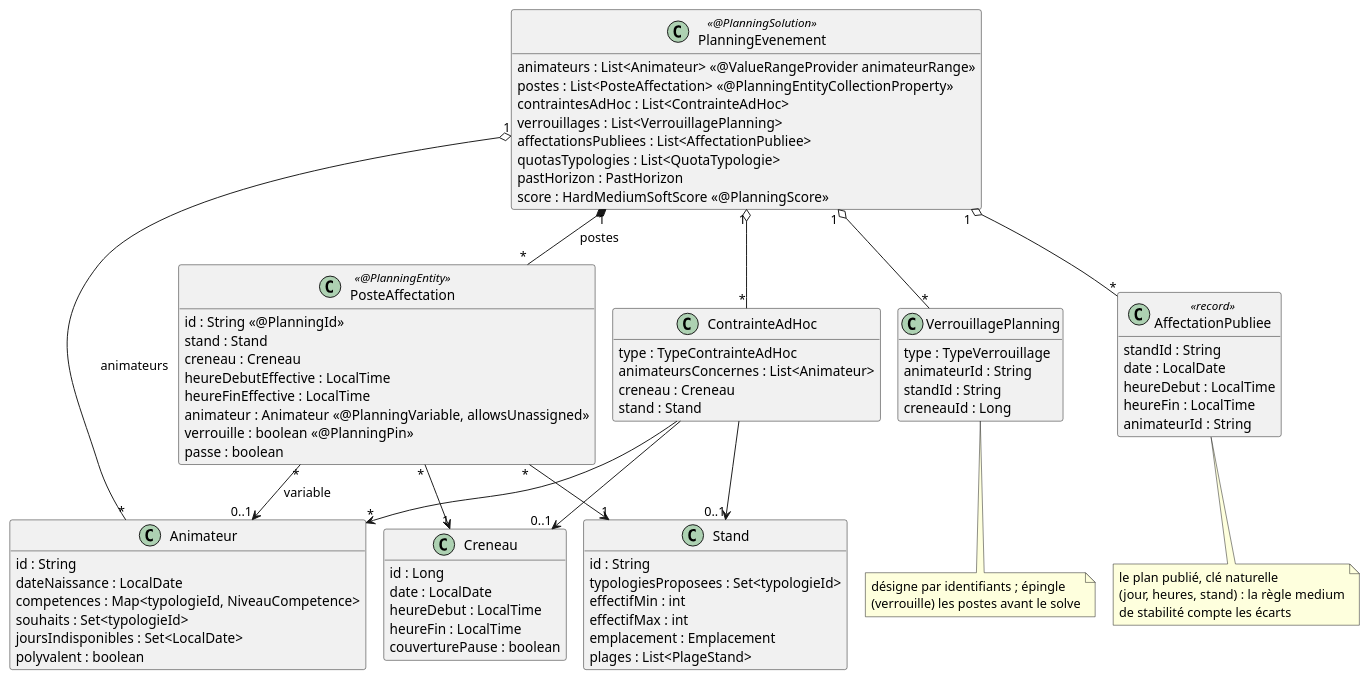
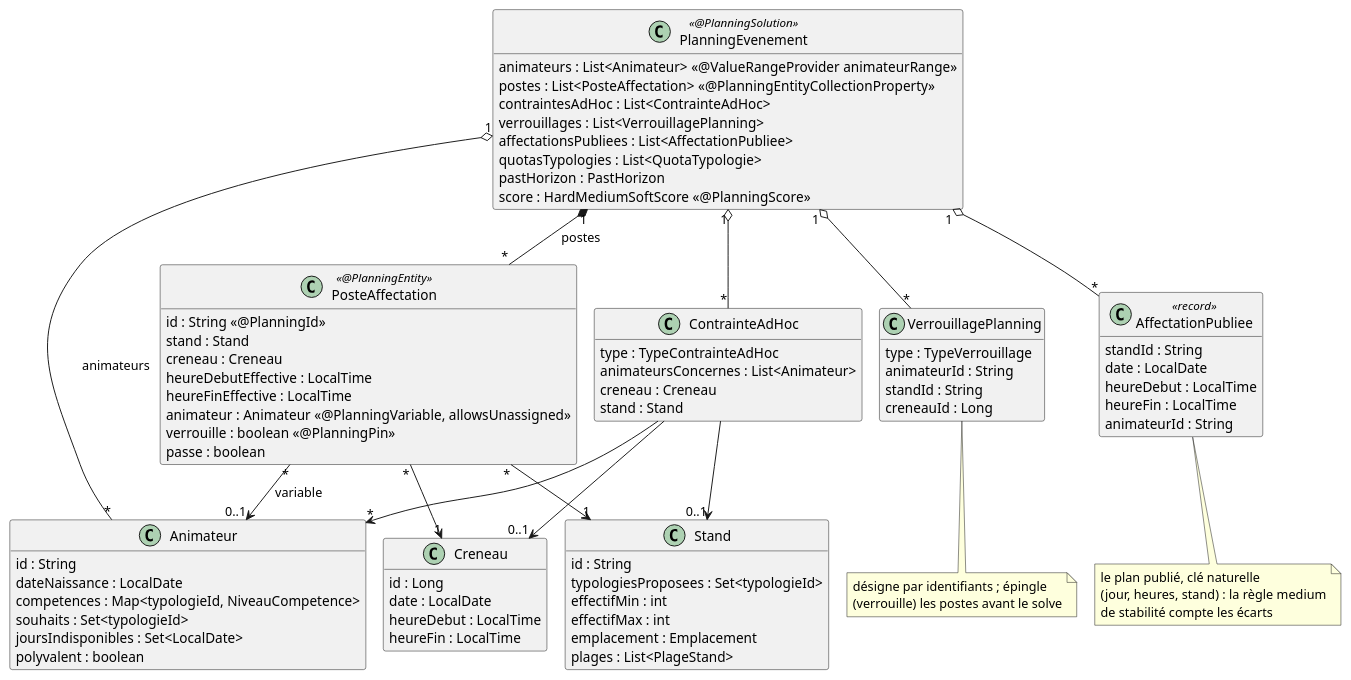
Before and after one commit to sylvainmetayer/planning-equipes: the diagram in docs/diagrammes/domaine.puml, drawn with PlantUML. The commit also changed 181 other files, not shown here.

First line of the commit message:
refactor(creneau)!: retrait de la couverture de pause (#386)

```diff
--- a/docs/diagrammes/domaine.puml
+++ b/docs/diagrammes/domaine.puml
@@ -1,104 +1,103 @@
 @startuml
 ' Le modèle Timefold : une solution, une seule entité, une seule variable.
 ' Un poste est une place à tenir sur un stand pendant un créneau ; le solveur
 ' choisit qui la tient. Pas de variable fantôme. Les typologies ne sont pas
 ' des classes : des identifiants, portés par les animateurs et les stands.
 ' Seuls les champs qui comptent pour le solveur sont dessinés.
 ' Voir site/src/docs/comprendre/modele-des-donnees.md.
 !pragma layout smetana
 skinparam backgroundColor #FFFFFF
 skinparam classAttributeIconSize 0
 hide empty methods
 
 class PlanningEvenement <<@PlanningSolution>> {
   animateurs : List<Animateur> <<@ValueRangeProvider animateurRange>>
   postes : List<PosteAffectation> <<@PlanningEntityCollectionProperty>>
   contraintesAdHoc : List<ContrainteAdHoc>
   verrouillages : List<VerrouillagePlanning>
   affectationsPubliees : List<AffectationPubliee>
   quotasTypologies : List<QuotaTypologie>
   pastHorizon : PastHorizon
   score : HardMediumSoftScore <<@PlanningScore>>
 }
 
 class PosteAffectation <<@PlanningEntity>> {
   id : String <<@PlanningId>>
   stand : Stand
   creneau : Creneau
   heureDebutEffective : LocalTime
   heureFinEffective : LocalTime
   animateur : Animateur <<@PlanningVariable, allowsUnassigned>>
   verrouille : boolean <<@PlanningPin>>
   passe : boolean
 }
 
 class Animateur {
   id : String
   dateNaissance : LocalDate
   competences : Map<typologieId, NiveauCompetence>
   souhaits : Set<typologieId>
   joursIndisponibles : Set<LocalDate>
   polyvalent : boolean
 }
 
 class Stand {
   id : String
   typologiesProposees : Set<typologieId>
   effectifMin : int
   effectifMax : int
   emplacement : Emplacement
   plages : List<PlageStand>
 }
 
 class Creneau {
   id : Long
   date : LocalDate
   heureDebut : LocalTime
   heureFin : LocalTime
-  couverturePause : boolean
 }
 
 class ContrainteAdHoc {
   type : TypeContrainteAdHoc
   animateursConcernes : List<Animateur>
   creneau : Creneau
   stand : Stand
 }
 
 class VerrouillagePlanning {
   type : TypeVerrouillage
   animateurId : String
   standId : String
   creneauId : Long
 }
 
 class AffectationPubliee <<record>> {
   standId : String
   date : LocalDate
   heureDebut : LocalTime
   heureFin : LocalTime
   animateurId : String
 }
 
 PlanningEvenement "1" *-- "*" PosteAffectation : postes
 PlanningEvenement "1" o-- "*" Animateur : animateurs
 PlanningEvenement "1" o-- "*" ContrainteAdHoc
 PlanningEvenement "1" o-- "*" VerrouillagePlanning
 PlanningEvenement "1" o-- "*" AffectationPubliee
 PosteAffectation "*" --> "1" Stand
 PosteAffectation "*" --> "1" Creneau
 PosteAffectation "*" --> "0..1" Animateur : variable
 ContrainteAdHoc --> "*" Animateur
 ContrainteAdHoc --> "0..1" Creneau
 ContrainteAdHoc --> "0..1" Stand
 
 note bottom of VerrouillagePlanning
   désigne par identifiants ; épingle
   (verrouille) les postes avant le solve
 end note
 note bottom of AffectationPubliee
   le plan publié, clé naturelle
   (jour, heures, stand) : la règle medium
   de stabilité compte les écarts
 end note
 @enduml
```
